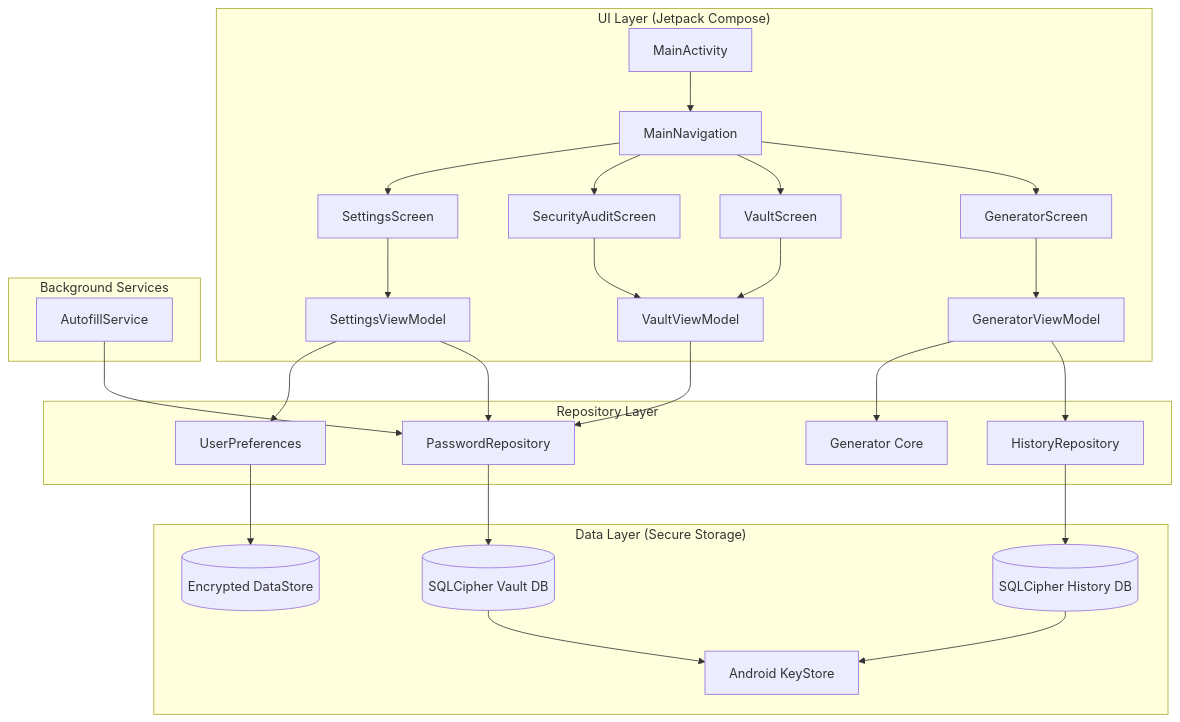
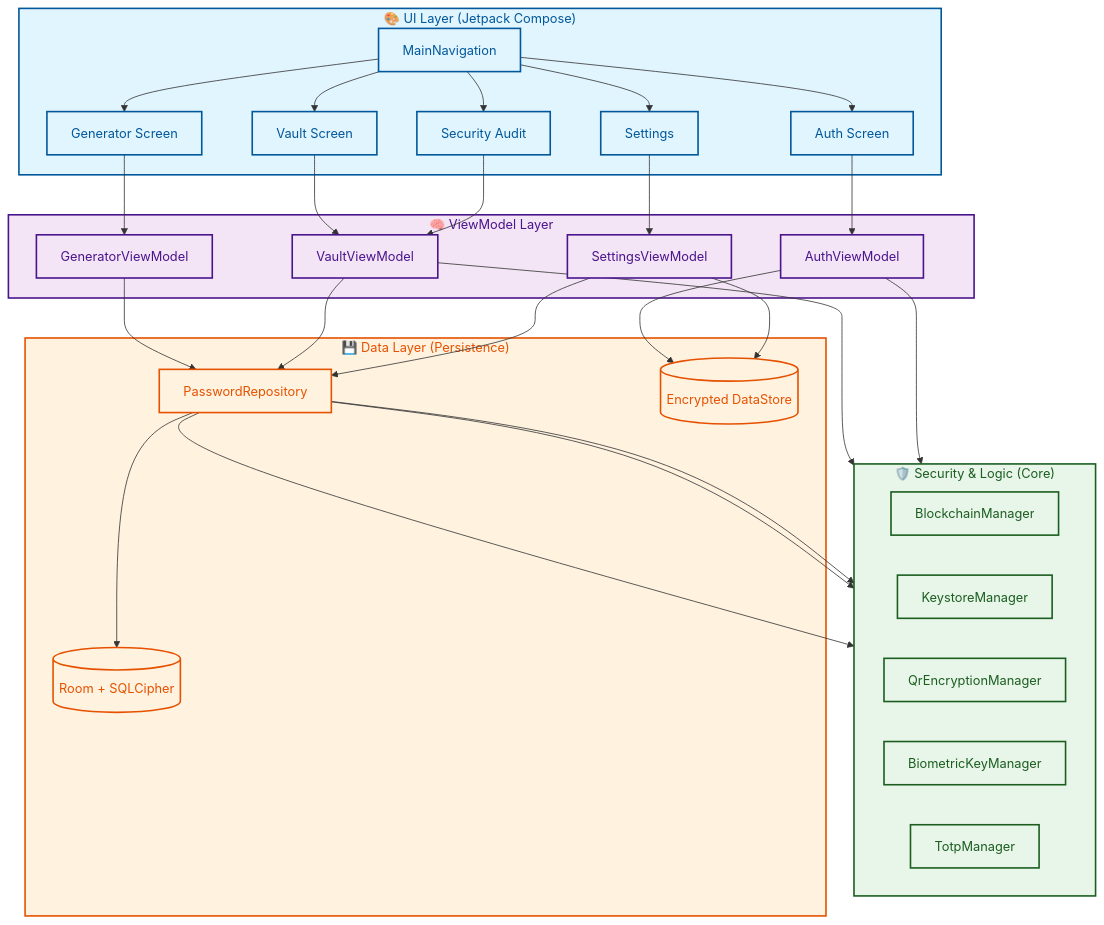
One commit to dwinsi/kunjika changed the diagram in docs/architecture.md. Above: the diagram before and after it, drawn with Mermaid. The commit also changed other lines of this file and 14 other files, not shown here.

````diff
--- a/docs/architecture.md
+++ b/docs/architecture.md
@@ -15,34 +9,62 @@
 ```mermaid
-graph TD
-    subgraph UI ["UI Layer (Jetpack Compose)"]
-        A[MainActivity] --> B[MainNavigation]
-        B --> C[GeneratorScreen]
-        B --> D[VaultScreen]
-        B --> E[SecurityAuditScreen]
-        B --> F[SettingsScreen]
-        
-        C --> VM1[GeneratorViewModel]
-        D --> VM2[VaultViewModel]
-        E --> VM2
-        F --> VM3[SettingsViewModel]
+graph TB
+    %% Definitions
+    subgraph UI ["🎨 UI Layer (Jetpack Compose)"]
+        Nav[MainNavigation]
+        Auth[Auth Screen]
+        Gen[Generator Screen]
+        Vault[Vault Screen]
+        Audit[Security Audit]
+        Settings[Settings]
     end
 
-    subgraph Domain ["Repository Layer"]
-        VM1 --> R1[HistoryRepository]
-        VM2 --> R2[PasswordRepository]
-        VM3 --> R2
-        VM3 --> P[UserPreferences]
-        VM1 --> G[Generator Core]
+    subgraph VM ["🧠 ViewModel Layer"]
+        AVM[AuthViewModel]
+        GVM[GeneratorViewModel]
+        VVM[VaultViewModel]
+        SVM[SettingsViewModel]
     end
 
-    subgraph Data ["Data Layer (Secure Storage)"]
-        R1 --> DB1[(SQLCipher History DB)]
-        R2 --> DB2[(SQLCipher Vault DB)]
-        P --> DS[(Encrypted DataStore)]
-        DB1 & DB2 --> K[Android KeyStore]
+    subgraph Domain ["🛡️ Security & Logic (Core)"]
+        direction LR
+        BC[BlockchainManager]
+        KE[KeystoreManager]
+        QR[QrEncryptionManager]
+        BK[BiometricKeyManager]
+        TOTP[TotpManager]
     end
 
-    subgraph Services ["Background Services"]
-        S1[AutofillService] --> R2
+    subgraph Data ["💾 Data Layer (Persistence)"]
+        Repo[PasswordRepository]
+        Room[(Room + SQLCipher)]
+        DS[(Encrypted DataStore)]
     end
+
+    %% Connections
+    Nav --> Auth & Gen & Vault & Audit & Settings
+    Auth --> AVM
+    Gen --> GVM
+    Vault --> VVM
+    Audit --> VVM
+    Settings --> SVM
+
+    GVM & VVM & SVM --> Repo
+    AVM & SVM --> DS
+    
+    Repo --> BC & KE & TOTP
+    Repo --> Room
+    
+    VVM --> QR
+    AVM --> BK
+
+    %% Styling
+    classDef ui fill:#e1f5fe,stroke:#01579b,stroke-width:2px,color:#01579b;
+    classDef vm fill:#f3e5f5,stroke:#4a148c,stroke-width:2px,color:#4a148c;
+    classDef core fill:#e8f5e9,stroke:#1b5e20,stroke-width:2px,color:#1b5e20;
+    classDef data fill:#fff3e0,stroke:#e65100,stroke-width:2px,color:#e65100;
+
+    class UI,Nav,Auth,Gen,Vault,Audit,Settings ui;
+    class VM,AVM,GVM,VVM,SVM vm;
+    class Domain,BC,KE,QR,BK,TOTP core;
+    class Data,Repo,Room,DS data;
 ```
````
